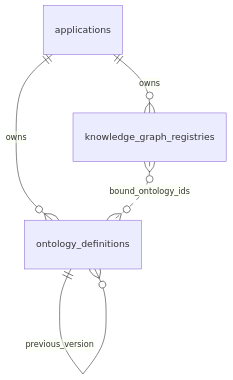
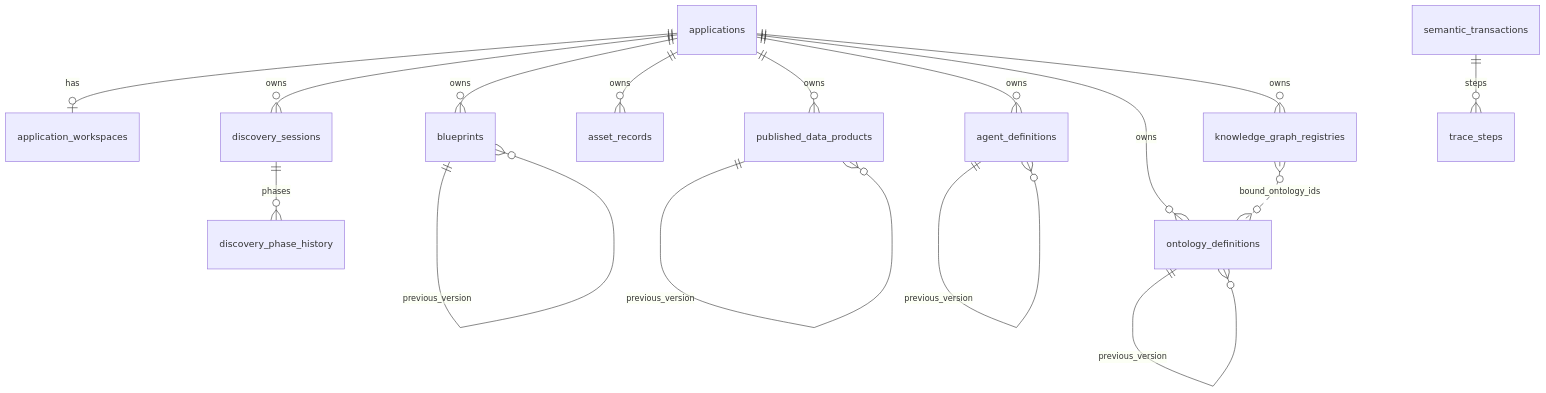
Before and after one commit to utkanbir/Semantic-Intelligence-Platform: the diagram in docs/governance/retros/Sprint_7_Ontology_Knowledge_Graph_retro.md, drawn with Mermaid. The commit also changed other lines of this file and 1 other file, not shown here.

First line of the commit message:
Fix Sprint 7/8 retro §12 with full cumulative schema and cluster gap notes.

````diff
--- a/docs/governance/retros/Sprint_7_Ontology_Knowledge_Graph_retro.md
+++ b/docs/governance/retros/Sprint_7_Ontology_Knowledge_Graph_retro.md
@@ -110,7 +122,18 @@
 ```mermaid
 erDiagram
+    applications ||--o| application_workspaces : has
+    applications ||--o{ discovery_sessions : owns
+    applications ||--o{ blueprints : owns
+    applications ||--o{ asset_records : owns
+    applications ||--o{ published_data_products : owns
+    applications ||--o{ agent_definitions : owns
     applications ||--o{ ontology_definitions : owns
     applications ||--o{ knowledge_graph_registries : owns
+    discovery_sessions ||--o{ discovery_phase_history : phases
+    semantic_transactions ||--o{ trace_steps : steps
+    blueprints ||--o{ blueprints : previous_version
+    published_data_products ||--o{ published_data_products : previous_version
+    agent_definitions ||--o{ agent_definitions : previous_version
     ontology_definitions ||--o{ ontology_definitions : previous_version
     knowledge_graph_registries }o..o{ ontology_definitions : bound_ontology_ids
 ```
````
